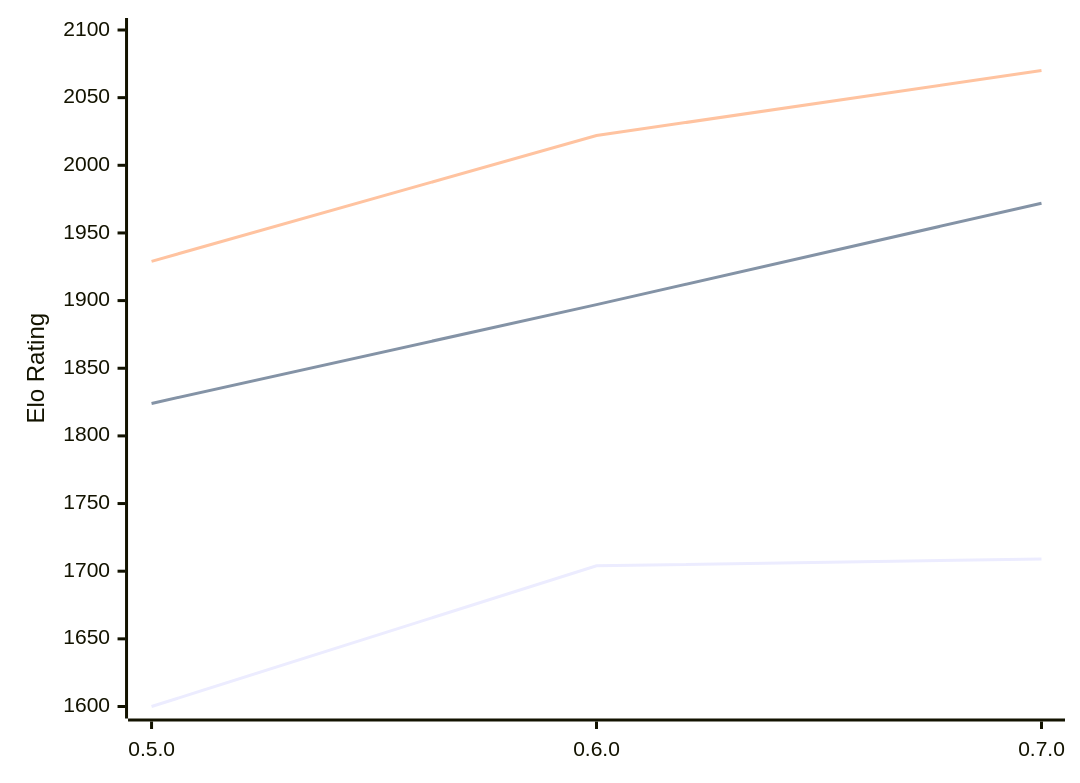
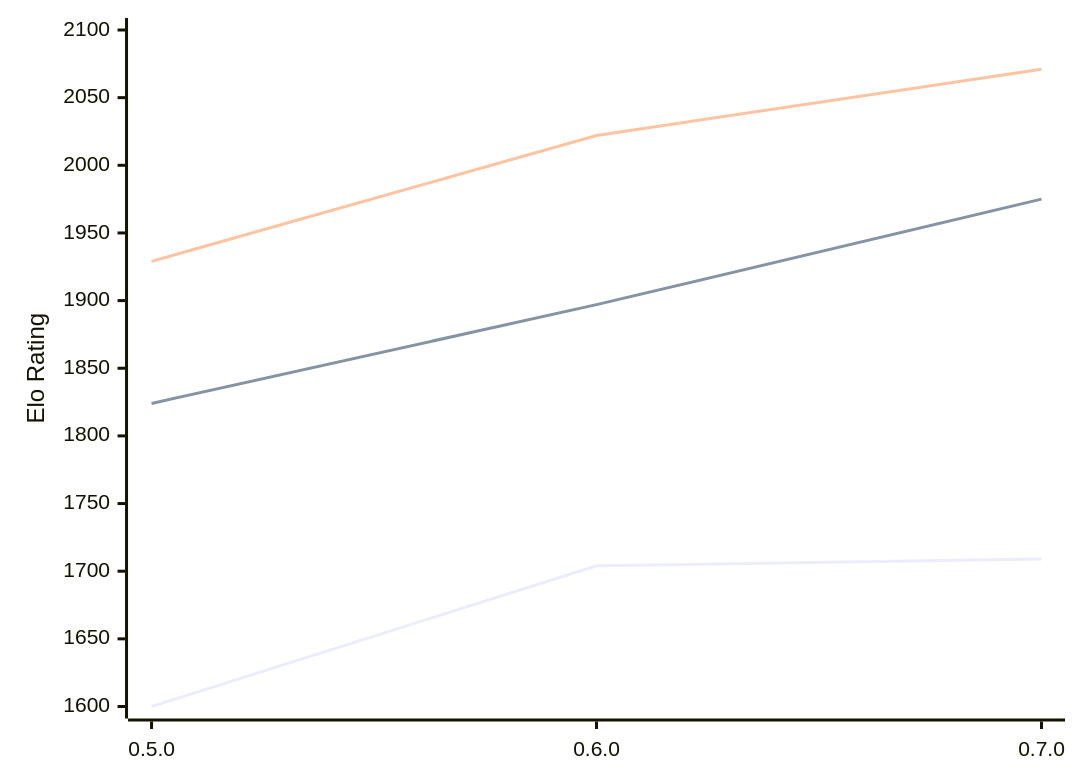
The diagram in engines/Chess-rs.md (computer-chess-index/cci), drawn with Mermaid before and after one commit. The commit also changed other lines of this file, not shown here.

Commit message:
Update CCI Ratings (ELO VLTC) - 2026-02-12

````diff
--- a/engines/Chess-rs.md
+++ b/engines/Chess-rs.md
@@ -38,9 +38,9 @@
 ```mermaid
 %%{init: {"theme":"base","themeVariables":{"seriesColors:['#a3a3a3','#222221','#faa371']}}}%%
 xychart-beta
   x-axis ["0.5.0", "0.6.0", "0.7.0"]
   y-axis "Elo Rating" 1600 --> 2100
   line "STC (8.0+0.08s)" [1600, 1704, 1709]
-  line "LTC (60.0+0.60s)" [1824, 1897, 1972]
-  line "VLTC (2m24s+1.12s)" [1929, 2022, 2070]
+  line "LTC (60.0+0.60s)" [1824, 1897, 1975]
+  line "VLTC (2m24s+1.12s)" [1929, 2022, 2071]
 ```
````
